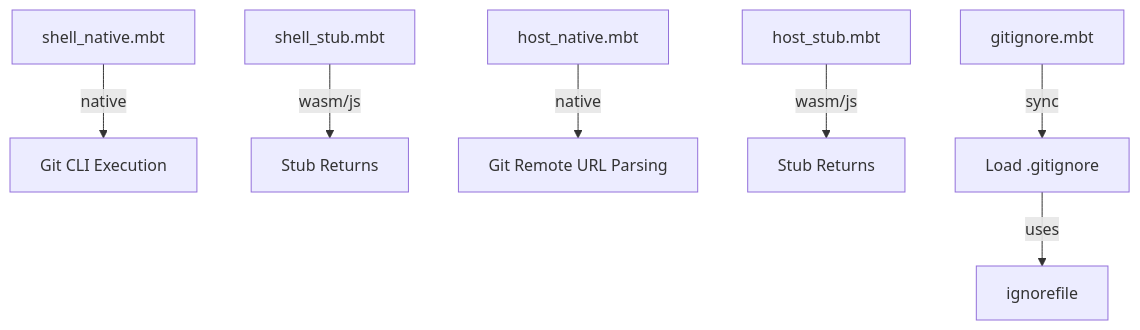
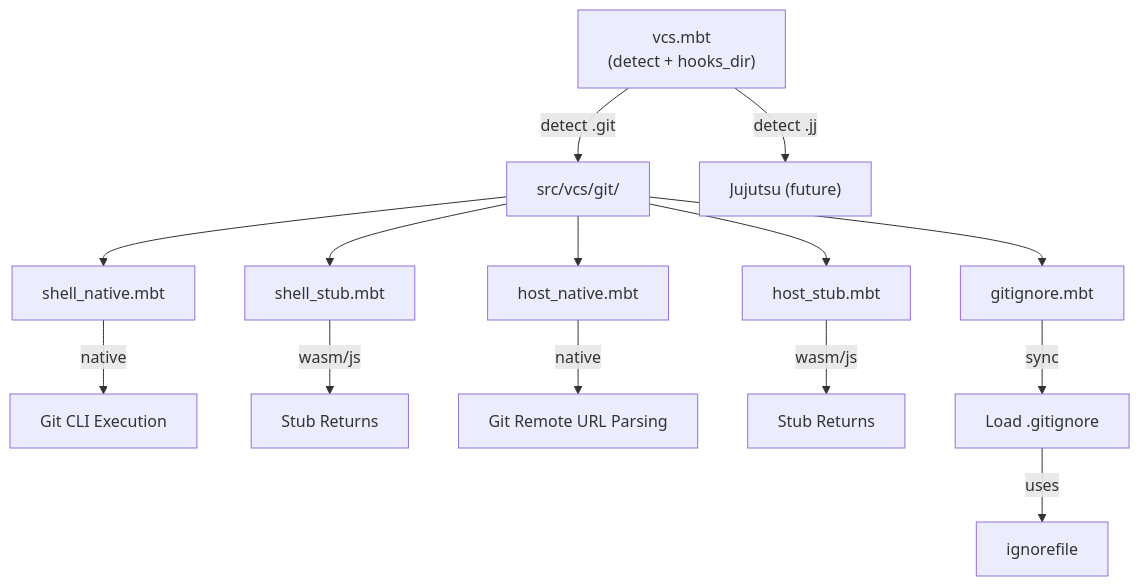
One commit to pogin503/indexion changed the diagram in wiki/Git-Operations-src-vcs.md. Above: the diagram before and after it, drawn with Mermaid. The commit also changed other lines of this file and 25 other files, not shown here.

````diff
--- a/wiki/Git-Operations-src-vcs.md
+++ b/wiki/Git-Operations-src-vcs.md
@@ -8,9 +13,11 @@
 ```mermaid
 graph TD
-    shell_native["shell_native.mbt"] -->|native| git_commands["Git CLI Execution"]
-    shell_stub["shell_stub.mbt"] -->|wasm/js| stubs["Stub Returns"]
-    host_native["host_native.mbt"] -->|native| git_remote["Git Remote URL Parsing"]
-    host_stub["host_stub.mbt"] -->|wasm/js| host_stubs["Stub Returns"]
-    gitignore["gitignore.mbt"] -->|sync| load_gitignore["Load .gitignore"]
+    vcs["vcs.mbt<br/>(detect + hooks_dir)"] -->|detect .git| git_pkg["src/vcs/git/"]
+    vcs -->|detect .jj| jj["Jujutsu (future)"]
+    git_pkg --> shell_native["shell_native.mbt"] -->|native| git_commands["Git CLI Execution"]
+    git_pkg --> shell_stub["shell_stub.mbt"] -->|wasm/js| stubs["Stub Returns"]
+    git_pkg --> host_native["host_native.mbt"] -->|native| git_remote["Git Remote URL Parsing"]
+    git_pkg --> host_stub["host_stub.mbt"] -->|wasm/js| host_stubs["Stub Returns"]
+    git_pkg --> gitignore["gitignore.mbt"] -->|sync| load_gitignore["Load .gitignore"]
     load_gitignore -->|uses| ignorefile["ignorefile"]
 ```
````
